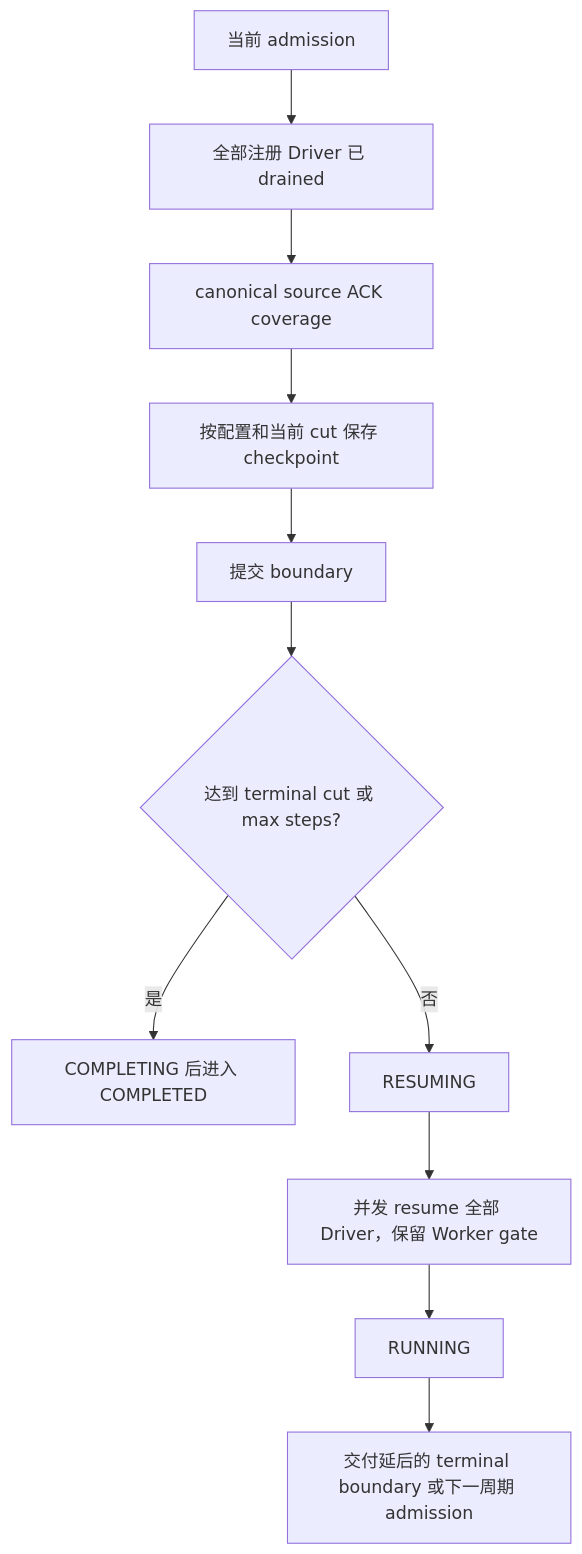
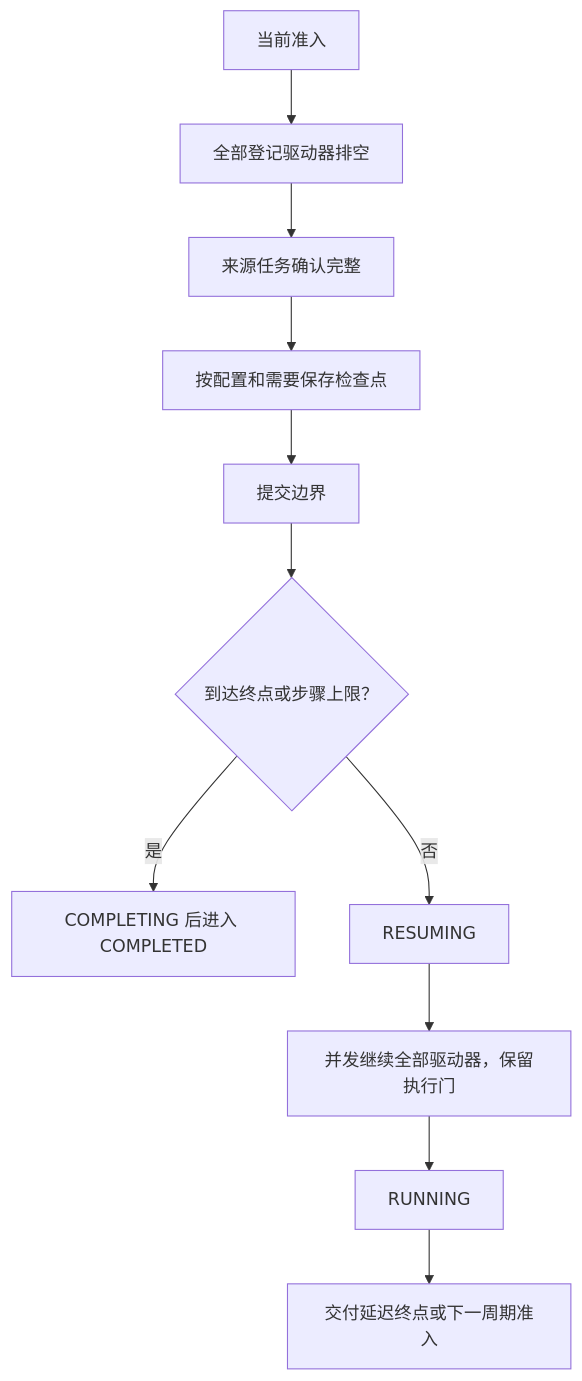
Before and after one commit to diaosj/fluxway: the fourth of 4 diagrams in docs/execution_lifecycle_zh.md, drawn with Mermaid. The commit also changed other lines of this file and 31 other files, not shown here.

Commit message:
[Docs] Add comprehensive architecture, placement, coherence, and transfer planning documentation.

````diff
--- a/docs/execution_lifecycle_zh.md
+++ b/docs/execution_lifecycle_zh.md
@@ -167,13 +154,13 @@
 ```mermaid
 flowchart TD
-    A[当前 admission] --> D[全部注册 Driver 已 drained]
-    D --> C[canonical source ACK coverage]
-    C --> S[按配置和当前 cut 保存 checkpoint]
-    S --> K[提交 boundary]
-    K --> T{达到 terminal cut 或 max steps?}
+    A[当前准入] --> D[全部登记驱动器排空]
+    D --> C[来源任务确认完整]
+    C --> S[按配置和需要保存检查点]
+    S --> K[提交边界]
+    K --> T{到达终点或步骤上限？}
     T -->|是| F[COMPLETING 后进入 COMPLETED]
     T -->|否| R[RESUMING]
-    R --> W[并发 resume 全部 Driver，保留 Worker gate]
+    R --> W[并发继续全部驱动器，保留执行门]
     W --> U[RUNNING]
-    U --> N[交付延后的 terminal boundary 或下一周期 admission]
+    U --> N[交付延迟终点或下一周期准入]
 ```
````
